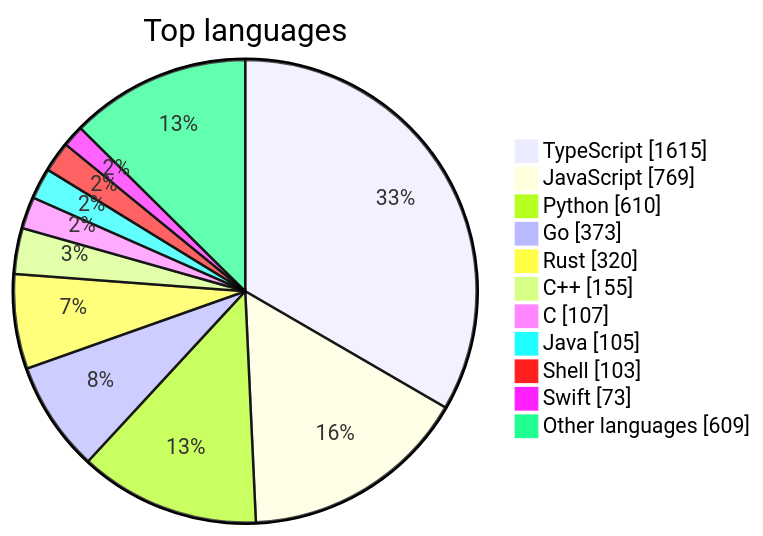
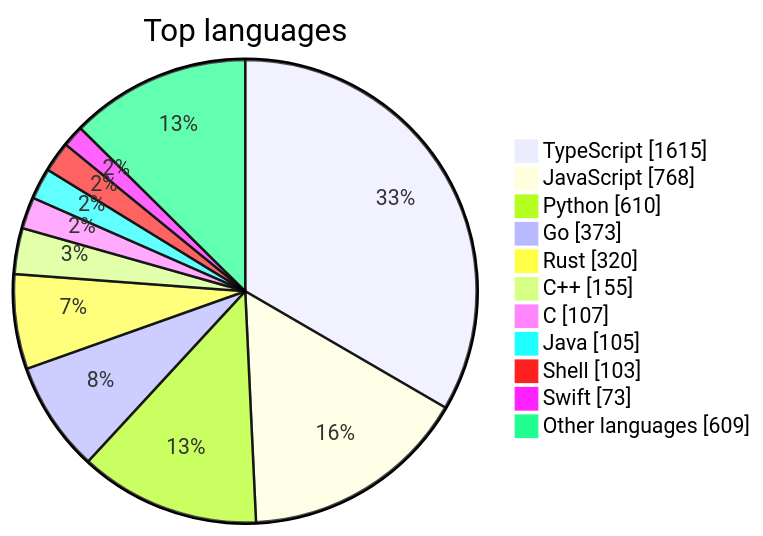
Before and after one commit to maxgfr/awesome-stars: the first of 2 diagrams in README.md, drawn with Mermaid. The commit also changed other lines of this file and 61 other files, not shown here.

````diff
--- a/README.md
+++ b/README.md
@@ -29,14 +37,14 @@
 ```mermaid
 pie showData title Top languages
     "TypeScript" : 1615
-    "JavaScript" : 769
+    "JavaScript" : 768
     "Python" : 610
     "Go" : 373
     "Rust" : 320
     "C++" : 155
     "C" : 107
     "Java" : 105
     "Shell" : 103
     "Swift" : 73
     "Other languages" : 609
 ```
````
